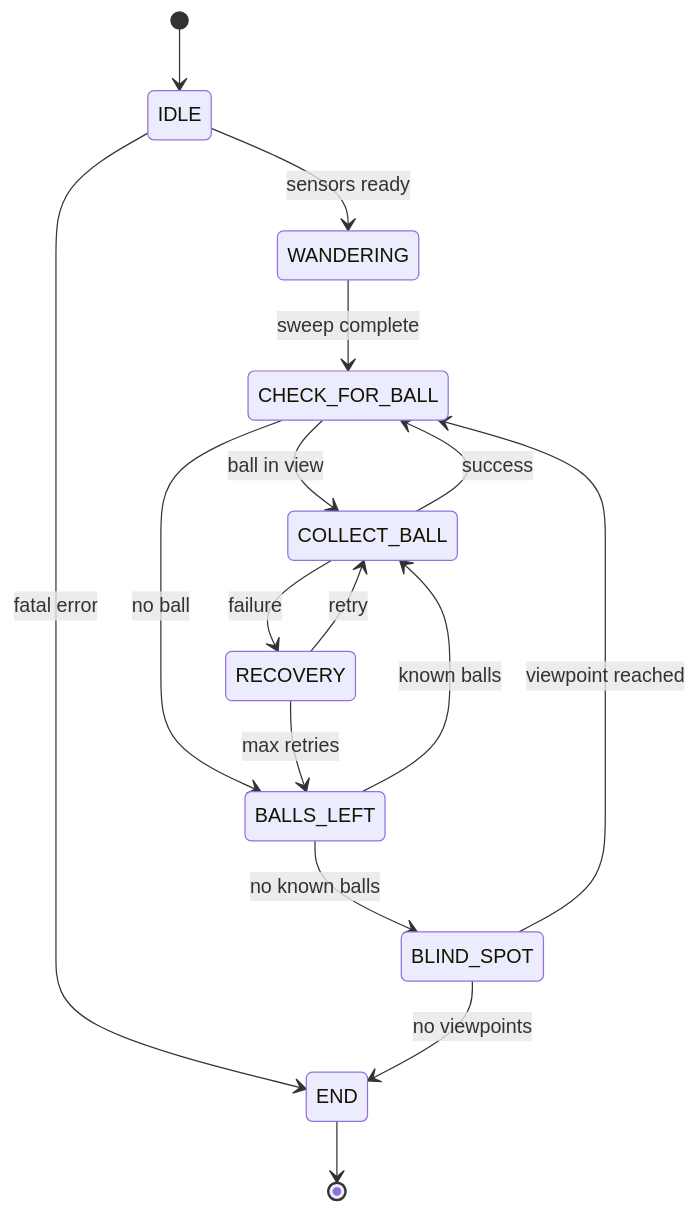
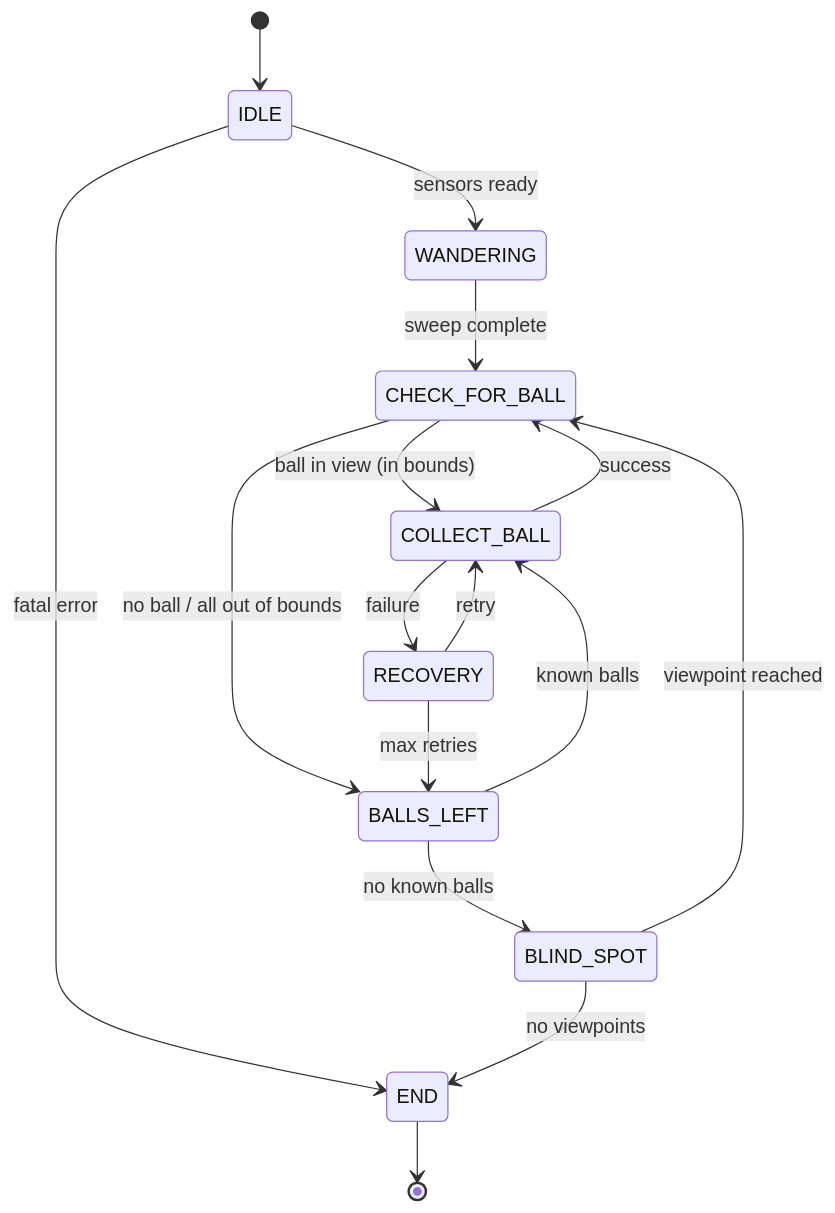
The first of 3 diagrams in docs/state-machine-complete.md (el-musleh/ITQ_HackLab_Team_2), drawn with Mermaid before and after one commit. The commit also changed other lines of this file and 2 other files, not shown here.

````diff
--- a/docs/state-machine-complete.md
+++ b/docs/state-machine-complete.md
@@ -330,18 +337,18 @@
 ```mermaid
 stateDiagram-v2
     [*] --> IDLE
     IDLE --> WANDERING : sensors ready
     IDLE --> END : fatal error
     WANDERING --> CHECK_FOR_BALL : sweep complete
-    CHECK_FOR_BALL --> COLLECT_BALL : ball in view
-    CHECK_FOR_BALL --> BALLS_LEFT : no ball
+    CHECK_FOR_BALL --> COLLECT_BALL : ball in view (in bounds)
+    CHECK_FOR_BALL --> BALLS_LEFT : no ball / all out of bounds
     COLLECT_BALL --> CHECK_FOR_BALL : success
     COLLECT_BALL --> RECOVERY : failure
     RECOVERY --> COLLECT_BALL : retry
     RECOVERY --> BALLS_LEFT : max retries
     BALLS_LEFT --> COLLECT_BALL : known balls
     BALLS_LEFT --> BLIND_SPOT : no known balls
     BLIND_SPOT --> CHECK_FOR_BALL : viewpoint reached
     BLIND_SPOT --> END : no viewpoints
     END --> [*]
 ```
````
